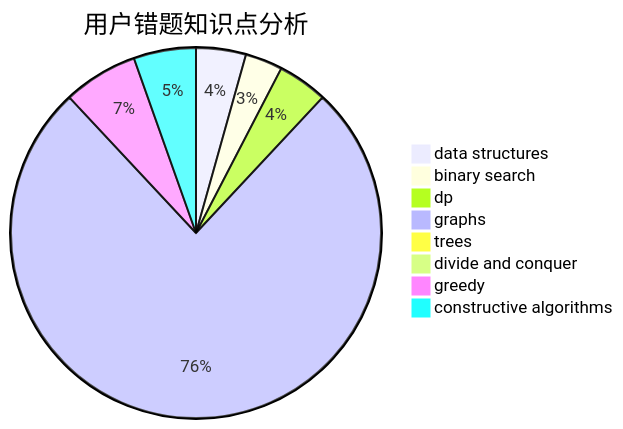
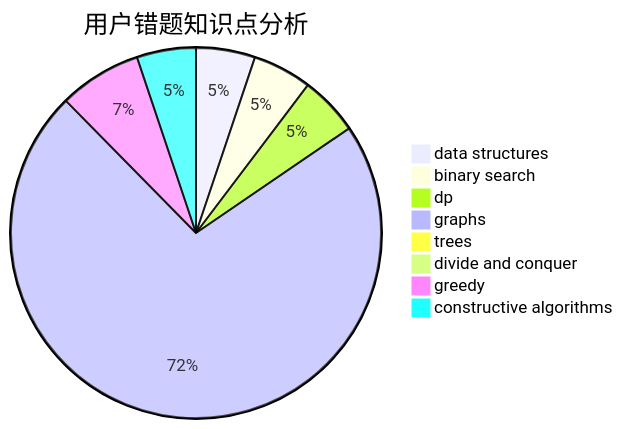
The third of 3 diagrams in docs/user/u125.md (sherpahu/cfrs.github.io), drawn with Mermaid before and after one commit. The commit also changed other lines of this file and 2770 other files, not shown here.

````diff
--- a/docs/user/u125.md
+++ b/docs/user/u125.md
@@ -36,11 +36,11 @@
 ```mermaid
 pie title 用户错题知识点分析
-    "data structures" :  4
-    "binary search" :  3
-    "dp" :  4
+    "data structures" :  5
+    "binary search" :  5
+    "dp" :  5
     "graphs" :  70
     "trees" :  0
     "divide and conquer" :  0
-    "greedy" :  6
+    "greedy" :  7
     "constructive algorithms" :  5
 ```
````
